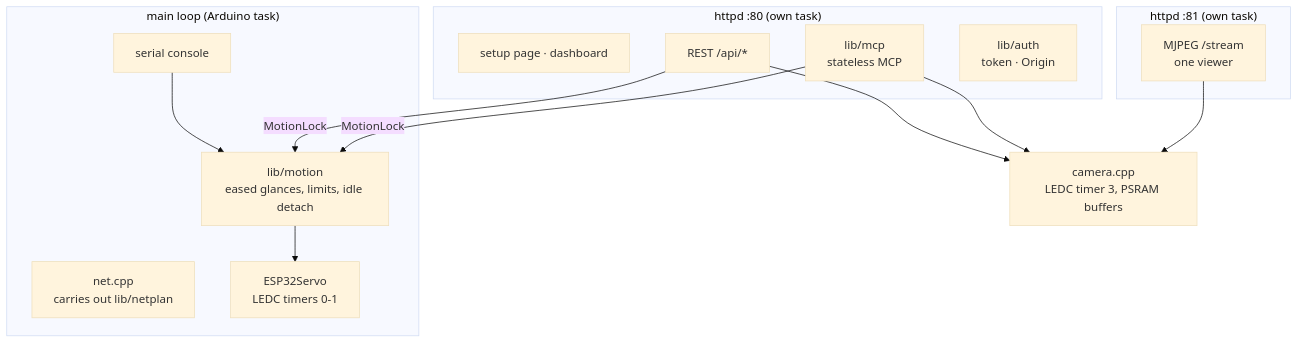
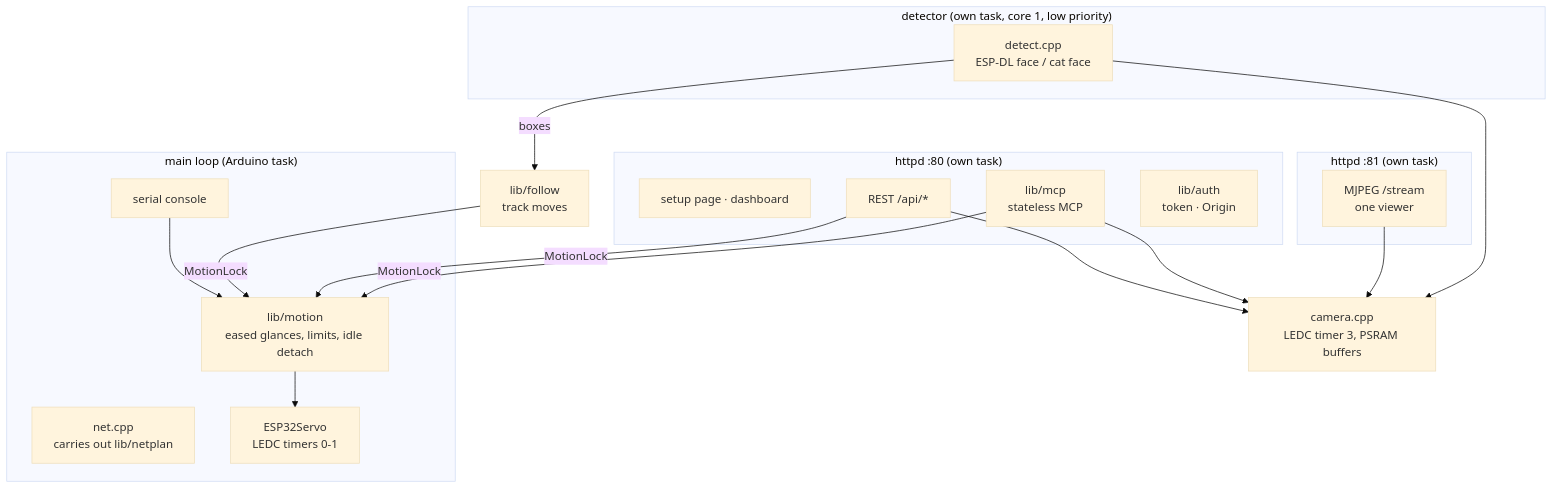
One commit to alexnodeland/lynx changed the second of 4 diagrams in docs/architecture.md. Above: the diagram before and after it, drawn with Mermaid (base theme). The commit also changed other lines of this file and 33 other files, not shown here.

First line of the commit message:
feat(firmware): on-device face detection and follow mode

````diff
--- a/docs/architecture.md
+++ b/docs/architecture.md
@@ -33,22 +33,28 @@
 ```mermaid
 flowchart TB
   subgraph loop["main loop (Arduino task)"]
     SERIAL["serial console"] --> MOTION
     NET["net.cpp<br/>carries out lib/netplan"]
     MOTION["lib/motion<br/>eased glances, limits, idle detach"] --> PWM["ESP32Servo<br/>LEDC timers 0-1"]
   end
   subgraph http80["httpd :80 (own task)"]
     PAGES["setup page · dashboard"]
     REST["REST /api/*"]
     MCP["lib/mcp<br/>stateless MCP"]
     AUTH["lib/auth<br/>token · Origin"]
   end
+  subgraph det["detector (own task, core 1, low priority)"]
+    DETECT["detect.cpp<br/>ESP-DL face / cat face"]
+  end
+  DETECT -- "boxes" --> FOLLOW["lib/follow<br/>track moves"]
+  FOLLOW -- "MotionLock" --> MOTION
   subgraph http81["httpd :81 (own task)"]
     STREAM["MJPEG /stream<br/>one viewer"]
   end
   REST -- "MotionLock" --> MOTION
   MCP -- "MotionLock" --> MOTION
   REST --> CAMERA["camera.cpp<br/>LEDC timer 3, PSRAM buffers"]
   MCP --> CAMERA
   STREAM --> CAMERA
+  DETECT --> CAMERA
 ```
````
